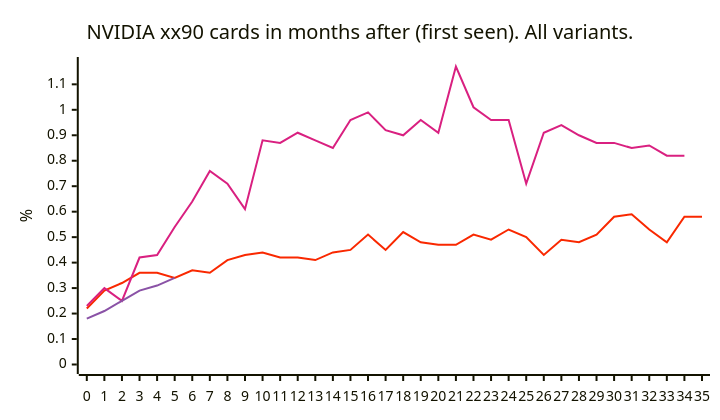
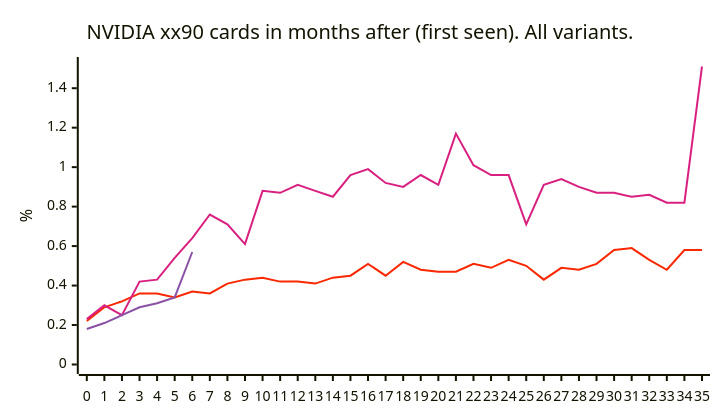
Before and after one commit to jdegene/steamHWsurvey: the second of 29 diagrams in README.md, drawn with Mermaid. The commit also changed other lines of this file and 3 other files, not shown here.

````diff
--- a/README.md
+++ b/README.md
@@ -97,24 +97,24 @@
 ```mermaid
 ---
 config:
     xyChart:
         width: 700
         height: 400
         
     themeVariables:
         xyChart:
             plotColorPalette: "#51a8a6,#f9a900,#f92800,#d92080,#8a52a6"
 
 --- 
 
 
 xychart-beta
     title "NVIDIA xx90 cards in months after (first seen). All variants."
     x-axis[0, 1, 2, 3, 4, 5, 6, 7, 8, 9, 10, 11, 12, 13, 14, 15, 16, 17, 18, 19, 20, 21, 22, 23, 24, 25, 26, 27, 28, 29, 30, 31, 32, 33, 34, 35]
     y-axis "%" 
     line [0]
     line [0]
     line [0.22, 0.29, 0.32, 0.36, 0.36, 0.33999999999999997, 0.37, 0.36, 0.41000000000000003, 0.43, 0.44, 0.42, 0.42, 0.41000000000000003, 0.44, 0.44999999999999996, 0.51, 0.44999999999999996, 0.52, 0.48, 0.47000000000000003, 0.47000000000000003, 0.51, 0.49, 0.53, 0.5, 0.43, 0.49, 0.48, 0.51, 0.58, 0.59, 0.53, 0.48, 0.58, 0.58]
-    line [0.22999999999999998, 0.3, 0.25, 0.42, 0.43, 0.54, 0.64, 0.76, 0.7100000000000001, 0.61, 0.88, 0.8699999999999999, 0.91, 0.88, 0.8500000000000001, 0.96, 0.9900000000000001, 0.9199999999999999, 0.8999999999999999, 0.96, 0.91, 1.17, 1.01, 0.96, 0.96, 0.7100000000000001, 0.91, 0.9400000000000001, 0.8999999999999999, 0.8699999999999999, 0.8699999999999999, 0.8500000000000001, 0.86, 0.8200000000000001, 0.8200000000000001]
-    line [0.18, 0.21, 0.25, 0.29, 0.31, 0.33999999999999997]
+    line [0.22999999999999998, 0.3, 0.25, 0.42, 0.43, 0.54, 0.64, 0.76, 0.7100000000000001, 0.61, 0.88, 0.8699999999999999, 0.91, 0.88, 0.8500000000000001, 0.96, 0.9900000000000001, 0.9199999999999999, 0.8999999999999999, 0.96, 0.91, 1.17, 1.01, 0.96, 0.96, 0.7100000000000001, 0.91, 0.9400000000000001, 0.8999999999999999, 0.8699999999999999, 0.8699999999999999, 0.8500000000000001, 0.86, 0.8200000000000001, 0.8200000000000001, 1.51]
+    line [0.18, 0.21, 0.25, 0.29, 0.31, 0.33999999999999997, 0.5700000000000001]
 ``` 
````
